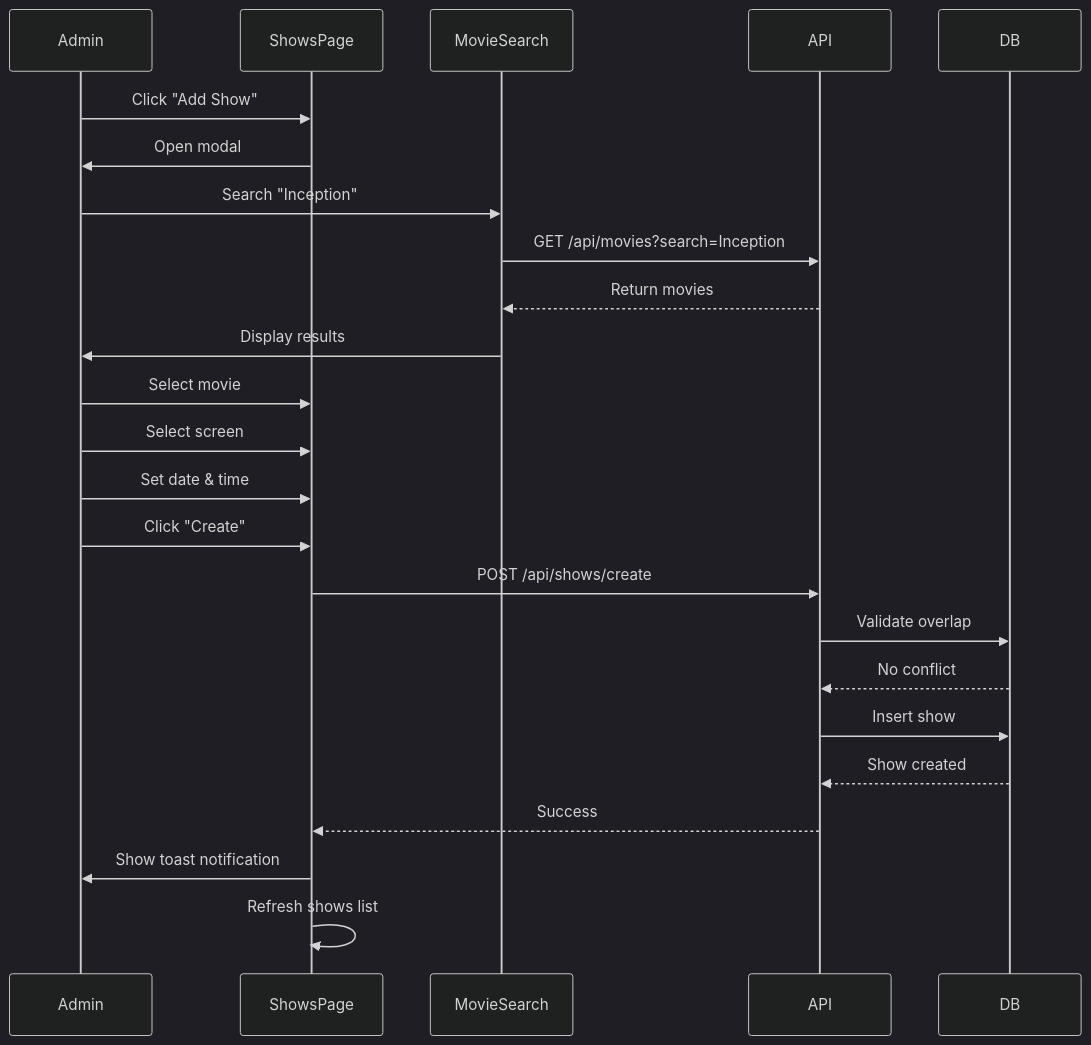
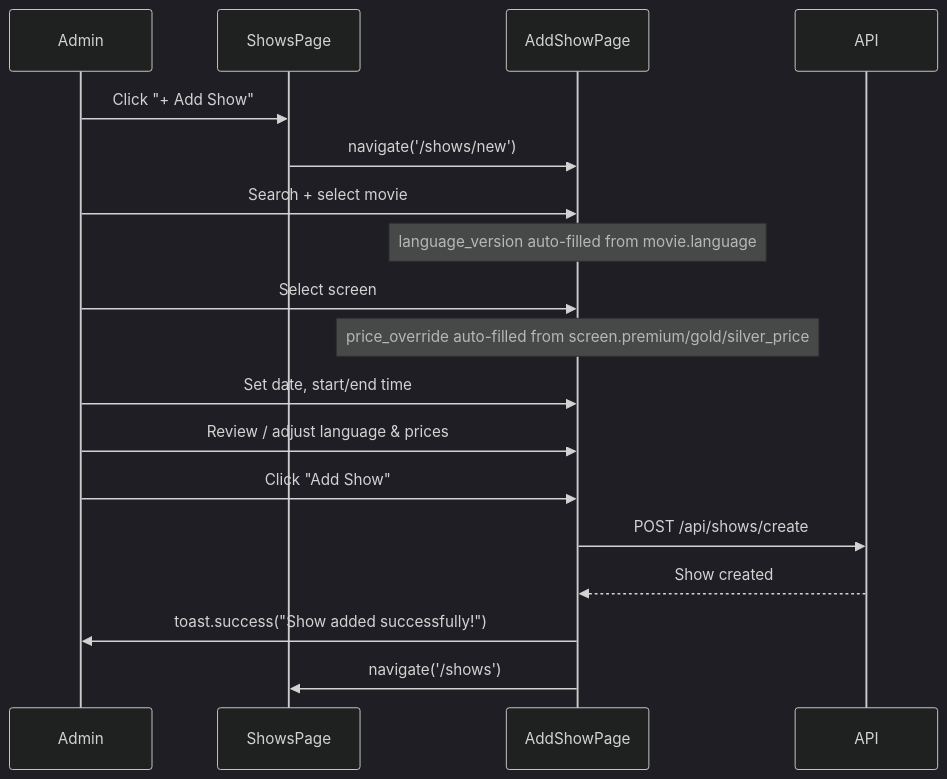
Before and after one commit to hduraimurugan/cinema-app-docs: diagram 13 of 15 in admin.md, drawn with Mermaid (dark theme). The commit also changed other lines of this file and 1 other file, not shown here.

Commit message:
update: separate shows management routes and add new show pages with auto-fill features

````diff
--- a/admin.md
+++ b/admin.md
@@ -796,30 +864,23 @@
 ```mermaid
 sequenceDiagram
     participant Admin
     participant ShowsPage
-    participant MovieSearch
+    participant AddShowPage
     participant API
-    participant DB
 
-    Admin->>ShowsPage: Click "Add Show"
-    ShowsPage->>Admin: Open modal
+    Admin->>ShowsPage: Click "+ Add Show"
+    ShowsPage->>AddShowPage: navigate('/shows/new')
 
-    Admin->>MovieSearch: Search "Inception"
-    MovieSearch->>API: GET /api/movies?search=Inception
-    API-->>MovieSearch: Return movies
-    MovieSearch->>Admin: Display results
+    Admin->>AddShowPage: Search + select movie
+    Note over AddShowPage: language_version auto-filled from movie.language
+    Admin->>AddShowPage: Select screen
+    Note over AddShowPage: price_override auto-filled from screen.premium/gold/silver_price
+    Admin->>AddShowPage: Set date, start/end time
+    Admin->>AddShowPage: Review / adjust language & prices
+    Admin->>AddShowPage: Click "Add Show"
 
-    Admin->>ShowsPage: Select movie
-    Admin->>ShowsPage: Select screen
-    Admin->>ShowsPage: Set date & time
-    Admin->>ShowsPage: Click "Create"
-
-    ShowsPage->>API: POST /api/shows/create
-    API->>DB: Validate overlap
-    DB-->>API: No conflict
-    API->>DB: Insert show
-    DB-->>API: Show created
-    API-->>ShowsPage: Success
-    ShowsPage->>Admin: Show toast notification
-    ShowsPage->>ShowsPage: Refresh shows list
+    AddShowPage->>API: POST /api/shows/create
+    API-->>AddShowPage: Show created
+    AddShowPage->>Admin: toast.success("Show added successfully!")
+    AddShowPage->>ShowsPage: navigate('/shows')
 ```
````
